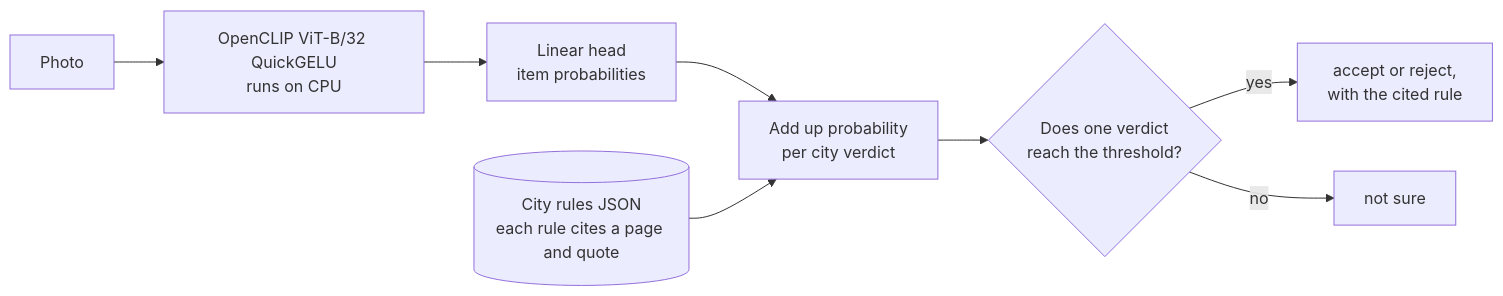
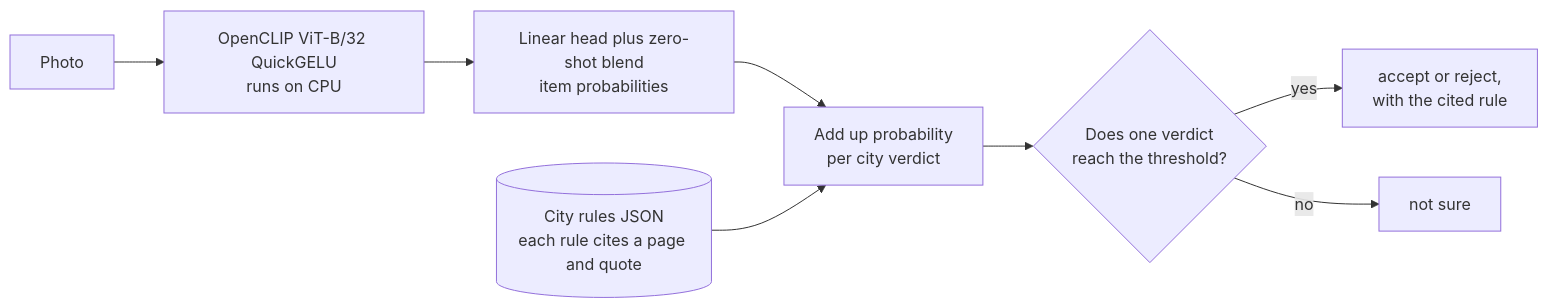
One commit to Jean-Regis-M/curbcheck changed the diagram in README.md. Above: the diagram before and after it, drawn with Mermaid. The commit also changed other lines of this file and 55 other files, not shown here.

````diff
--- a/README.md
+++ b/README.md
@@ -145,10 +236,10 @@
 ```mermaid
 flowchart LR
   A[Photo] --> B[OpenCLIP ViT-B/32 QuickGELU<br/>runs on CPU]
-  B --> C[Linear head<br/>item probabilities]
+  B --> C[Linear head plus zero-shot blend<br/>item probabilities]
   C --> D[Add up probability<br/>per city verdict]
   R[(City rules JSON<br/>each rule cites a page and quote)] --> D
   D --> E{Does one verdict<br/>reach the threshold?}
   E -- yes --> F[accept or reject,<br/>with the cited rule]
   E -- no --> G[not sure]
 ```
````
